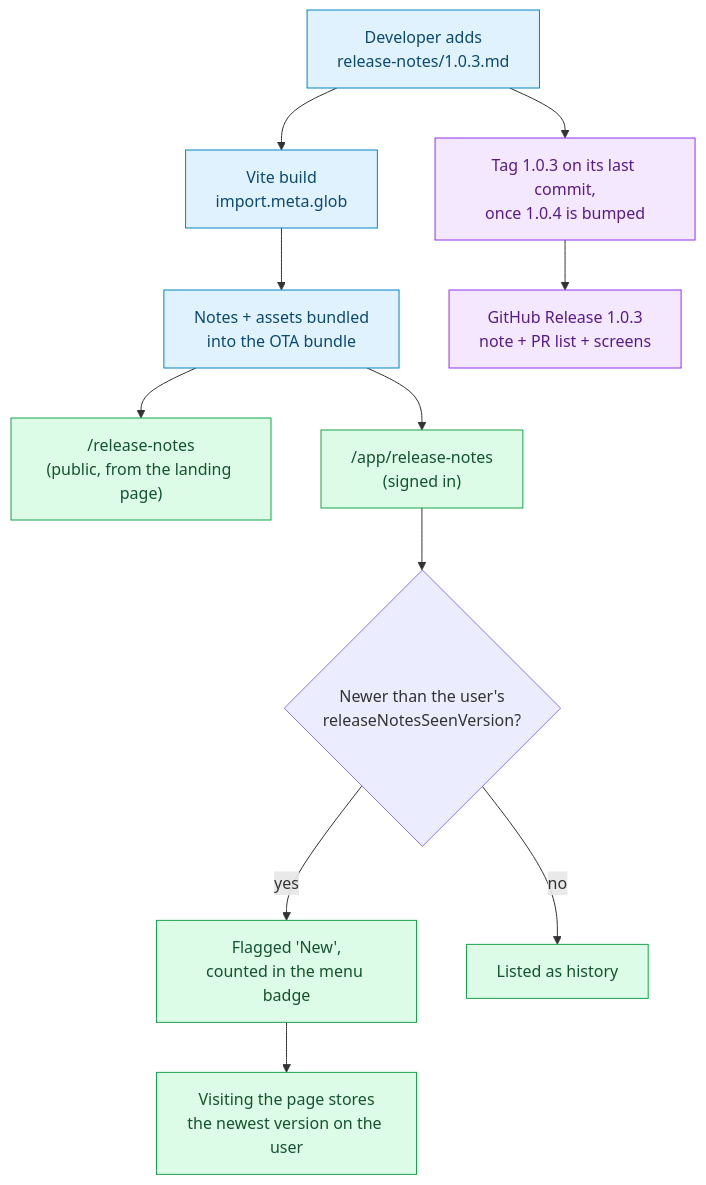
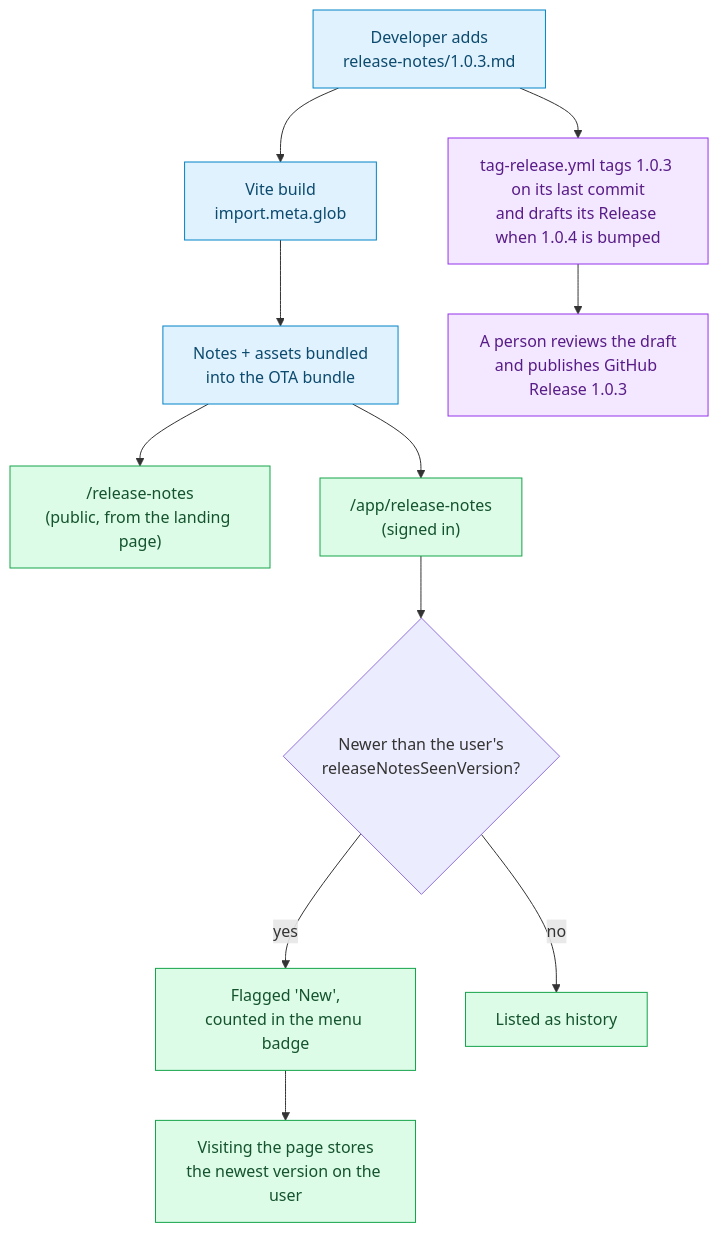
Before and after one commit to Dharp02/timehuddle: the diagram in release-notes/README.md, drawn with Mermaid. The commit also changed other lines of this file and 6 other files, not shown here.

First line of the commit message:
ci(release): tag each version and draft its GitHub Release on bump

````diff
--- a/release-notes/README.md
+++ b/release-notes/README.md
@@ -242,20 +251,20 @@
 ```mermaid
 flowchart TD
     Author["Developer adds<br/>release-notes/1.0.3.md"] --> Build["Vite build<br/>import.meta.glob"]
     Build --> Bundle["Notes + assets bundled<br/>into the OTA bundle"]
     Bundle --> Public["/release-notes<br/>(public, from the landing page)"]
     Bundle --> Page["/app/release-notes<br/>(signed in)"]
     Page --> Seen{"Newer than the user's<br/>releaseNotesSeenVersion?"}
     Seen -->|yes| New["Flagged 'New',<br/>counted in the menu badge"]
     Seen -->|no| Old["Listed as history"]
     New --> Mark["Visiting the page stores<br/>the newest version on the user"]
-    Author --> Tag["Tag 1.0.3 on its last commit,<br/>once 1.0.4 is bumped"]
-    Tag --> Release["GitHub Release 1.0.3<br/>note + PR list + screens"]
+    Author --> Tag["tag-release.yml tags 1.0.3 on its last commit<br/>and drafts its Release when 1.0.4 is bumped"]
+    Tag --> Release["A person reviews the draft<br/>and publishes GitHub Release 1.0.3"]
 
     classDef authoring fill:#e0f2fe,stroke:#0284c7,color:#0c4a6e
     classDef runtime fill:#dcfce7,stroke:#16a34a,color:#14532d
     classDef github fill:#f3e8ff,stroke:#9333ea,color:#581c87
     class Author,Build,Bundle authoring
     class Public,Page,New,Old,Mark runtime
     class Tag,Release github
 ```
````
